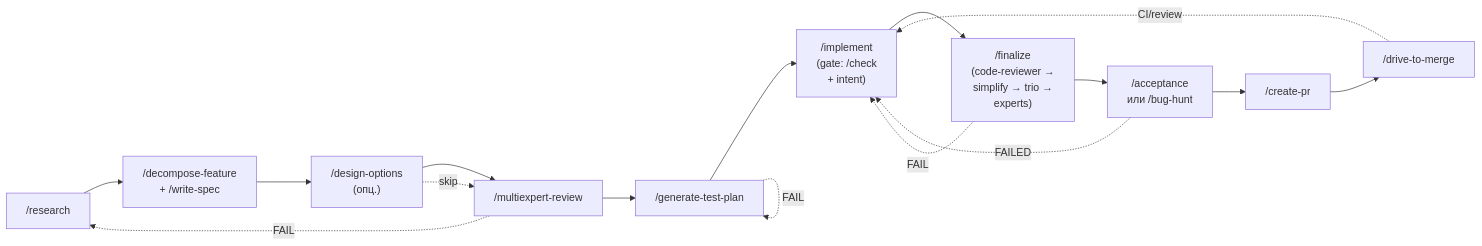
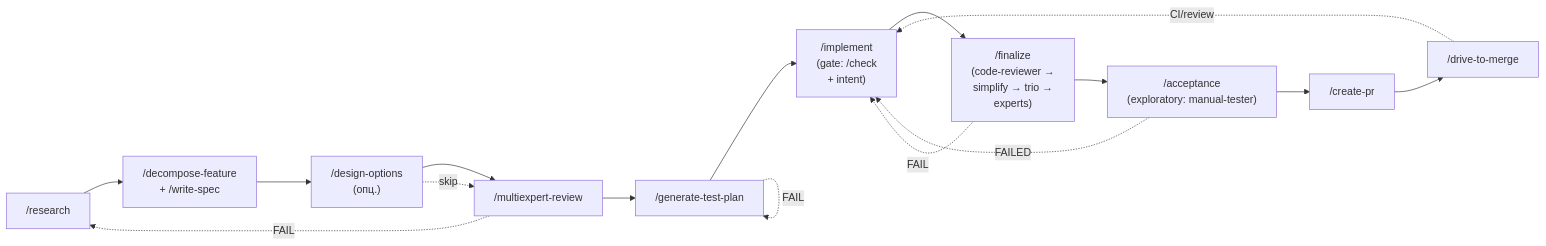
Before and after one commit to kirich1409/krozov-ai-tools: the fifth of 7 diagrams in docs/PLUGINS-GUIDE.md, drawn with Mermaid. The commit also changed other lines of this file and 36 other files, not shown here.

````diff
--- a/docs/PLUGINS-GUIDE.md
+++ b/docs/PLUGINS-GUIDE.md
@@ -292,23 +292,23 @@
 ```mermaid
 flowchart LR
     R["/research"]
     D["/decompose-feature<br/>+ /write-spec"]
     DO["/design-options<br/>(опц.)"]
     PR_rev["/multiexpert-review"]
     TP["/generate-test-plan"]
     I["/implement<br/>(gate: /check<br/>+ intent)"]
     F["/finalize<br/>(code-reviewer →<br/>simplify → trio →<br/>experts)"]
-    A["/acceptance<br/>или /bug-hunt"]
+    A["/acceptance<br/>(exploratory: manual-tester)"]
     CPR["/create-pr"]
     DM["/drive-to-merge"]
 
     R --> D --> DO --> PR_rev --> TP --> I --> F --> A --> CPR --> DM
 
     PR_rev -.->|FAIL| R
     TP -.->|FAIL| TP
     F -.->|FAIL| I
     A -.->|FAILED| I
     DM -.->|CI/review| I
 
     DO -.->|skip| PR_rev
 ```
````
